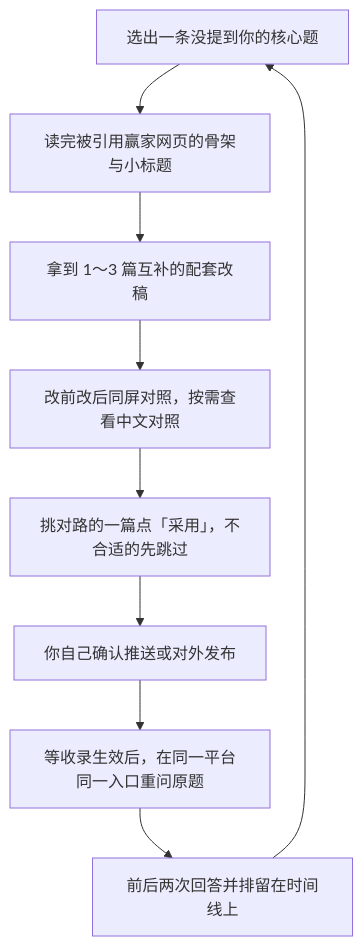
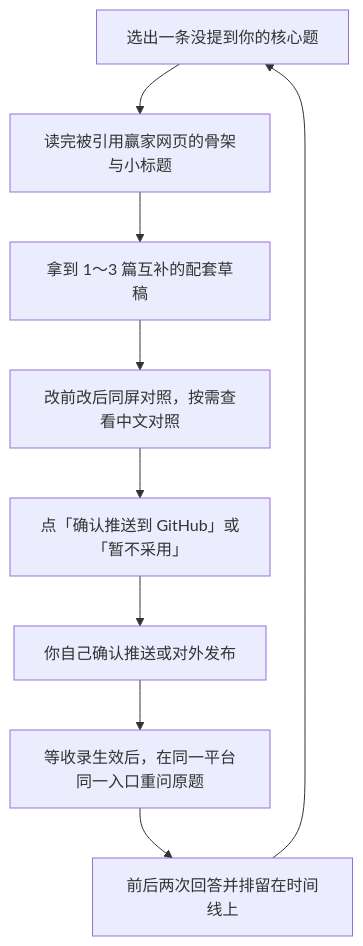
Before and after one commit to cooleryu/opengeo: the third of 3 diagrams in docs/getting-started.zh-CN.md, drawn with Mermaid. The commit also changed other lines of this file and 20 other files, not shown here.

````diff
--- a/docs/getting-started.zh-CN.md
+++ b/docs/getting-started.zh-CN.md
@@ -109,11 +109,11 @@
 ```mermaid
 flowchart TD
     A["选出一条没提到你的核心题"] --> B["读完被引用赢家网页的骨架与小标题"]
-    B --> C["拿到 1～3 篇互补的配套改稿"]
+    B --> C["拿到 1～3 篇互补的配套草稿"]
     C --> D["改前改后同屏对照，按需查看中文对照"]
-    D --> E["挑对路的一篇点「采用」，不合适的先跳过"]
+    D --> E["点「确认推送到 GitHub」或「暂不采用」"]
     E --> F["你自己确认推送或对外发布"]
     F --> G["等收录生效后，在同一平台同一入口重问原题"]
     G --> H["前后两次回答并排留在时间线上"]
     H --> A
 ```
````
